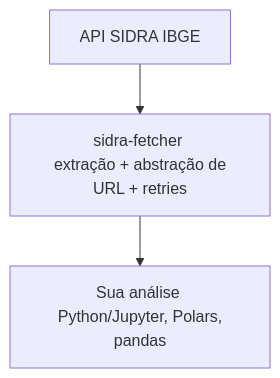
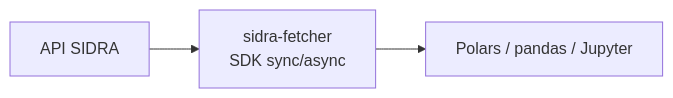
The first of 2 diagrams in docs/ibge/index.md (Quantilica/docs), drawn with Mermaid before and after one commit. The commit also changed other lines of this file and 17 other files, not shown here.

````diff
--- a/docs/ibge/index.md
+++ b/docs/ibge/index.md
@@ -45,5 +21,5 @@
 ```mermaid
-graph TD
-    A[API SIDRA IBGE] --> B[sidra-fetcher <br/> extração + abstração de URL + retries]
-    B --> C[Sua análise <br/> Python/Jupyter, Polars, pandas]
+graph LR
+    A[API SIDRA] --> B[sidra-fetcher<br/>SDK sync/async]
+    B --> C[Polars / pandas / Jupyter]
 ```
````
